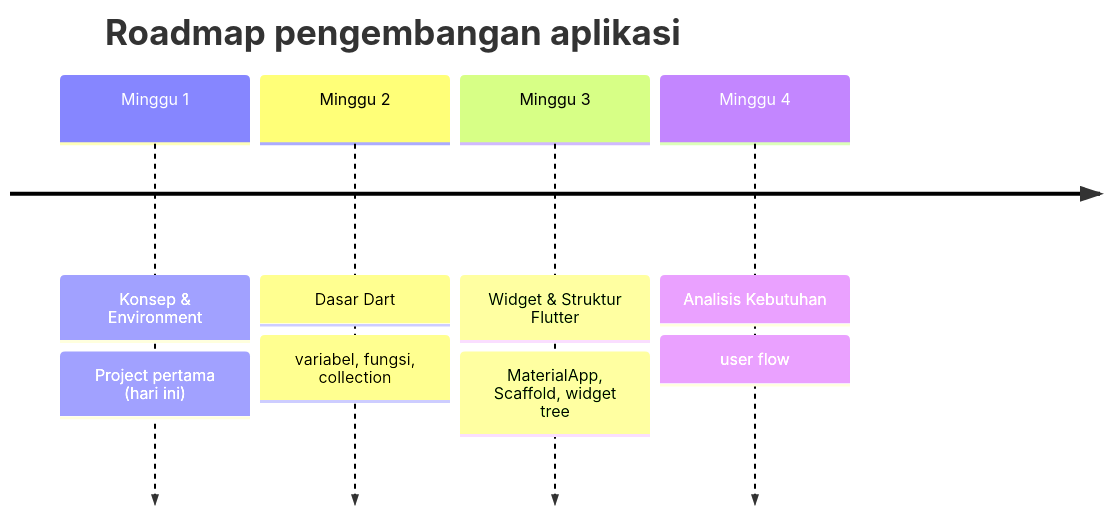
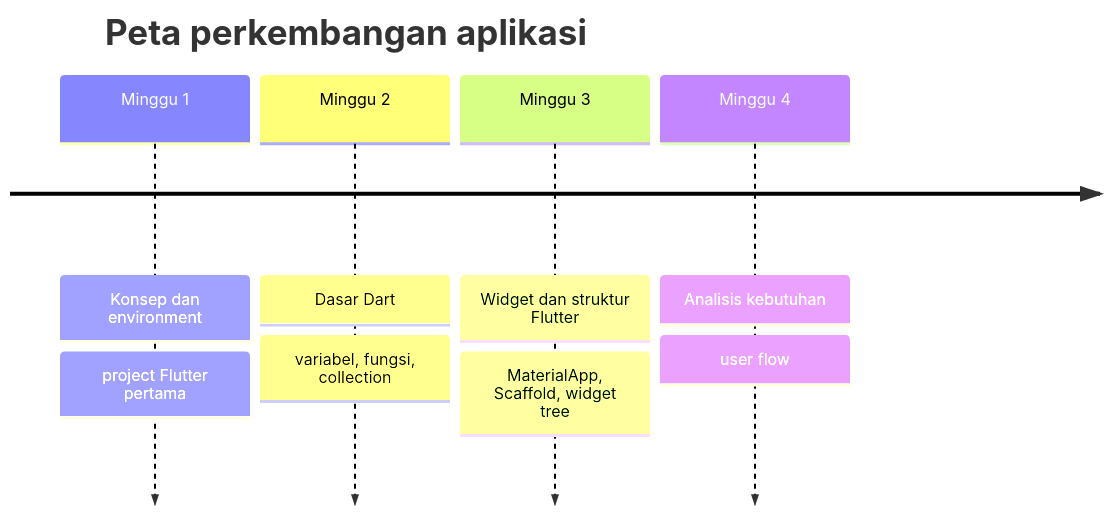
Before and after one commit to PBWFEND/PAB: the seventh of 7 diagrams in pertemuan-01/01-Pertemuan-1.md, drawn with Mermaid. The commit also changed other lines of this file and 13 other files, not shown here.

````diff
--- a/pertemuan-01/01-Pertemuan-1.md
+++ b/pertemuan-01/01-Pertemuan-1.md
@@ -549,8 +549,8 @@
 ```mermaid
 timeline
-    title Roadmap pengembangan aplikasi
-    Minggu 1 : Konsep & Environment : Project pertama (hari ini)
+    title Peta perkembangan aplikasi
+    Minggu 1 : Konsep dan environment : project Flutter pertama
     Minggu 2 : Dasar Dart : variabel, fungsi, collection
-    Minggu 3 : Widget & Struktur Flutter : MaterialApp, Scaffold, widget tree
-    Minggu 4 : Analisis Kebutuhan : user flow
+    Minggu 3 : Widget dan struktur Flutter : MaterialApp, Scaffold, widget tree
+    Minggu 4 : Analisis kebutuhan : user flow
 ```
````
